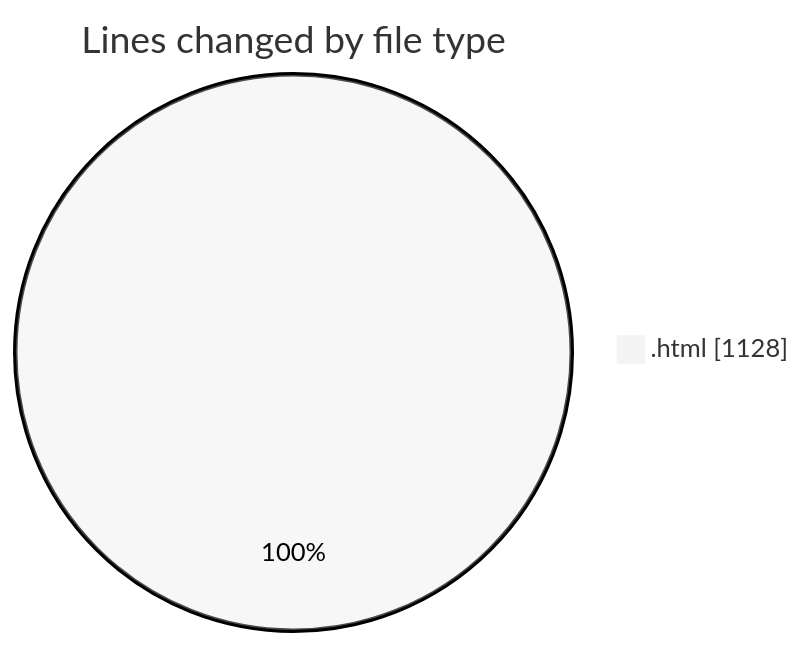
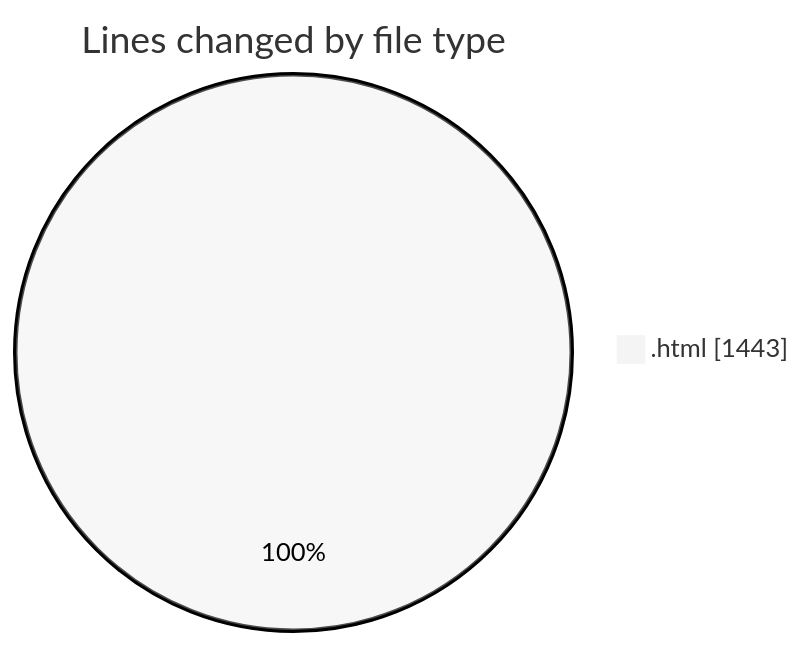
Before and after one commit to robertbonfada/code-tracking: the first of 2 diagrams in 2025-06-22/mosaico-test-3/README.md, drawn with Mermaid (neutral theme). The commit also changed other lines of this file and 1 other file, not shown here.

````diff
--- a/2025-06-22/mosaico-test-3/README.md
+++ b/2025-06-22/mosaico-test-3/README.md
@@ -20,5 +20,5 @@
 ```mermaid
 pie showData
 title Lines changed by file type
-".html" : 1128
+".html" : 1443
 ```
````
